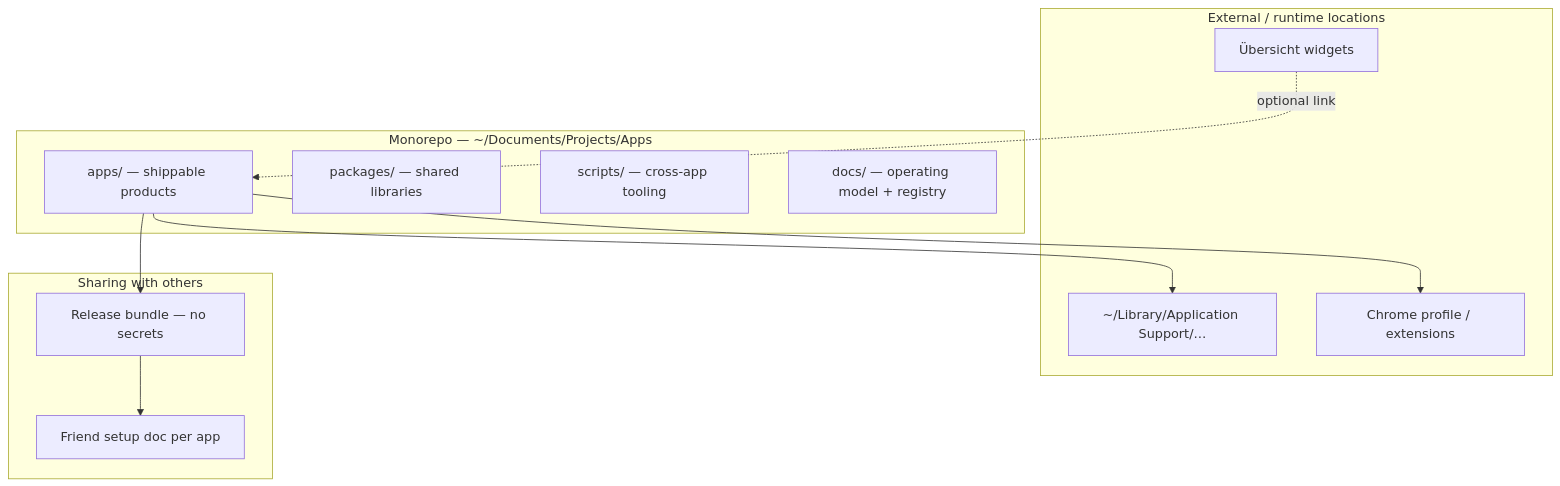
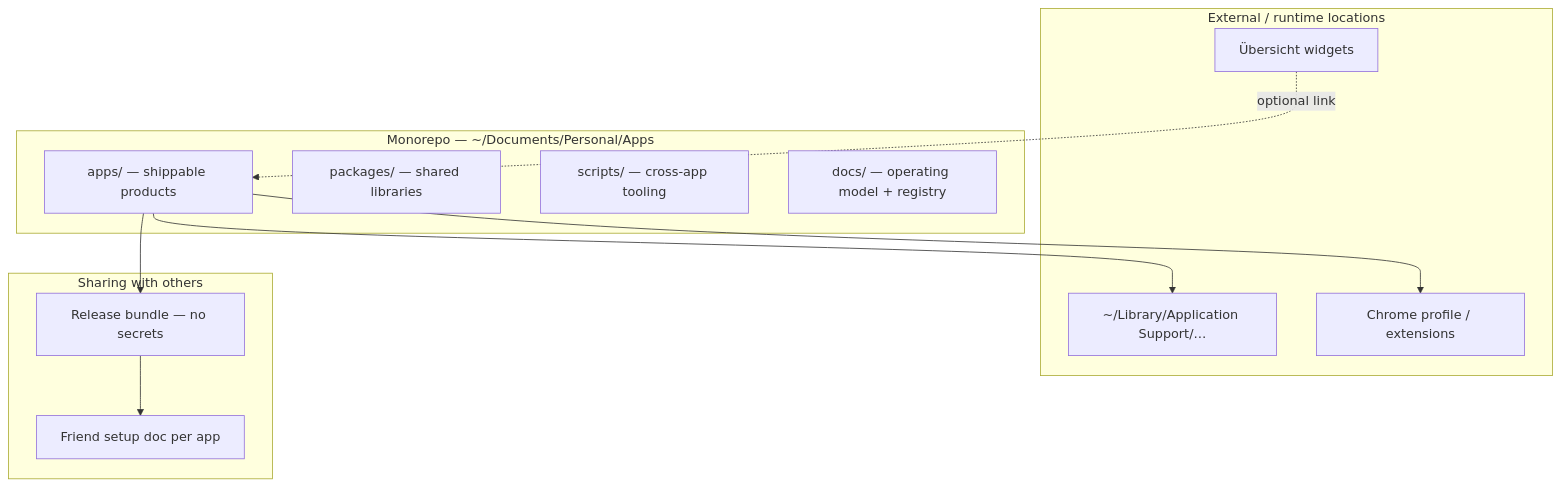
One commit to ZahidRasheed/supertools changed the diagram in docs/OPERATING_MODEL.md. Above: the diagram before and after it, drawn with Mermaid. The commit also changed other lines of this file and 3 other files, not shown here.

````diff
--- a/docs/OPERATING_MODEL.md
+++ b/docs/OPERATING_MODEL.md
@@ -9,26 +9,26 @@
 ```mermaid
 flowchart TB
-  subgraph monorepo ["Monorepo — ~/Documents/Projects/Apps"]
+  subgraph monorepo ["Monorepo — ~/Documents/Personal/Apps"]
     APPS[apps/ — shippable products]
     PKG[packages/ — shared libraries]
     SCR[scripts/ — cross-app tooling]
     DOC[docs/ — operating model + registry]
   end
 
   subgraph external ["External / runtime locations"]
     UBER["Übersicht widgets"]
     APPDATA["~/Library/Application Support/…"]
     CHROME[Chrome profile / extensions]
   end
 
   subgraph share ["Sharing with others"]
     REL[Release bundle — no secrets]
     SETUP[Friend setup doc per app]
   end
 
   APPS --> APPDATA
   APPS --> CHROME
   UBER -. optional link .-> APPS
   APPS --> REL
   REL --> SETUP
 ```
````
